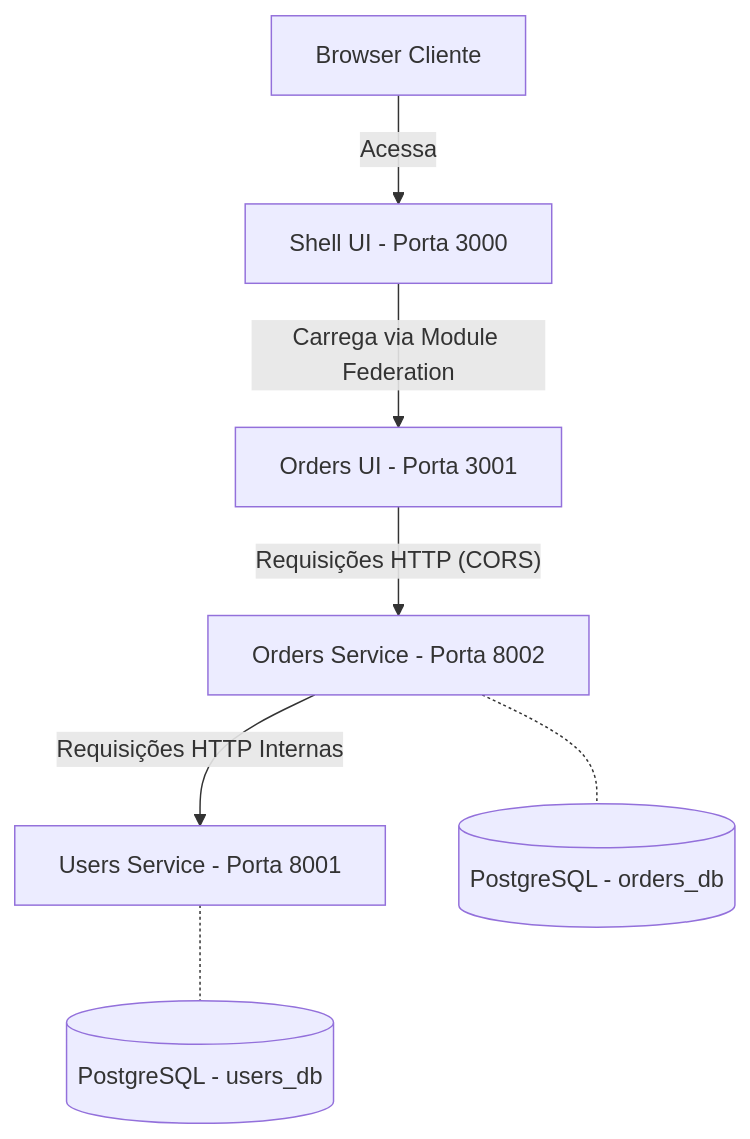
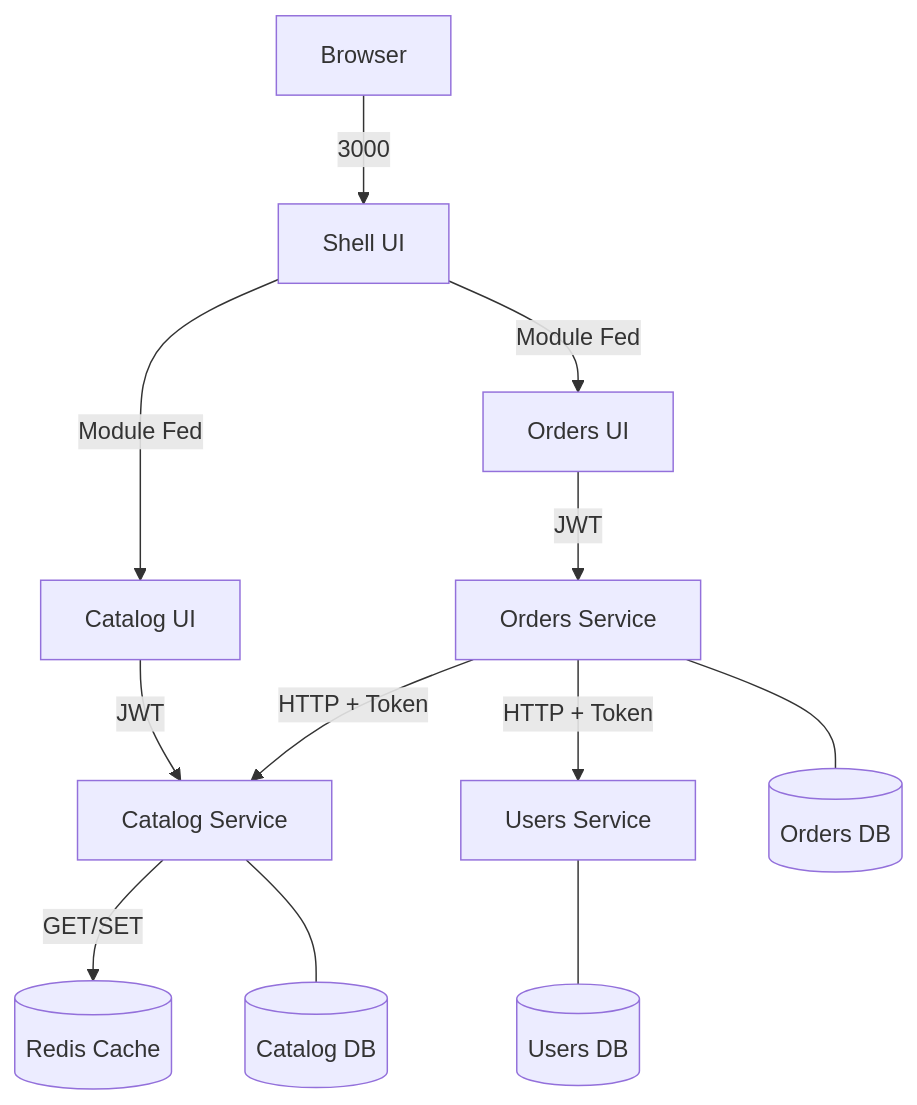
One commit to FelipeRodrigues26/e-commerce changed the diagram in README.md. Above: the diagram before and after it, drawn with Mermaid. The commit also changed other lines of this file and 3 other files, not shown here.

````diff
--- a/README.md
+++ b/README.md
@@ -36,10 +41,18 @@
 ```mermaid
 graph TD
-    Client[Browser Cliente] -- Acessa --> ShellMFE[Shell UI - Porta 3000]
-    ShellMFE -- Carrega via Module Federation --> OrdersMFE[Orders UI - Porta 3001]
-    OrdersMFE -- Requisições HTTP (CORS) --> OrdersService[Orders Service - Porta 8002]
-    OrdersService -- Requisições HTTP Internas --> UsersService[Users Service - Porta 8001]
+    Client[Browser] -- 3000 --> Shell[Shell UI]
+    Shell -- Module Fed --> OrdersMFE[Orders UI]
+    Shell -- Module Fed --> CatalogMFE[Catalog UI]
     
-    OrdersService -.- OrdersDB[(PostgreSQL - orders_db)]
-    UsersService -.- UsersDB[(PostgreSQL - users_db)]
+    OrdersMFE -- JWT --> OrdersSvc[Orders Service]
+    CatalogMFE -- JWT --> CatalogSvc[Catalog Service]
+    
+    OrdersSvc -- HTTP + Token --> CatalogSvc
+    OrdersSvc -- HTTP + Token --> UsersSvc[Users Service]
+    
+    CatalogSvc -- GET/SET --> Redis[(Redis Cache)]
+    
+    OrdersSvc --- OrdDB[(Orders DB)]
+    CatalogSvc --- CatDB[(Catalog DB)]
+    UsersSvc --- UsrDB[(Users DB)]
 ```
````
